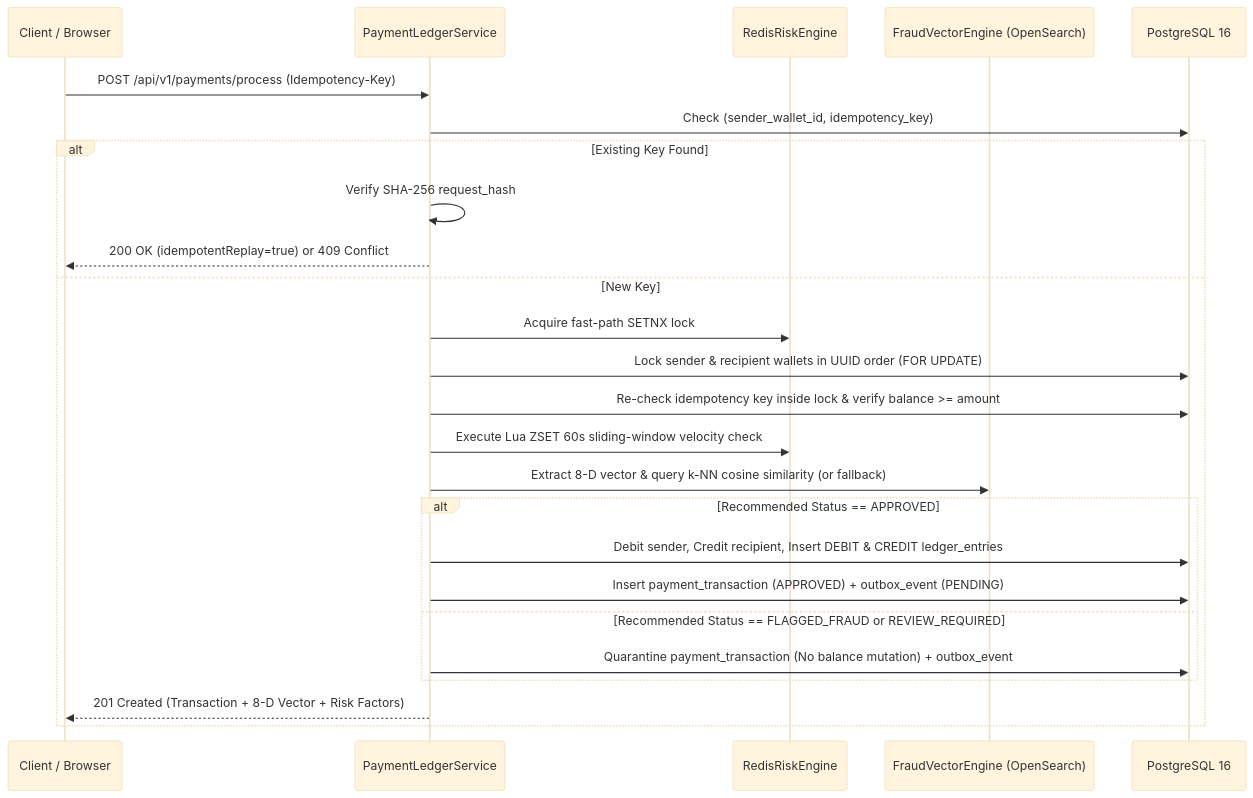
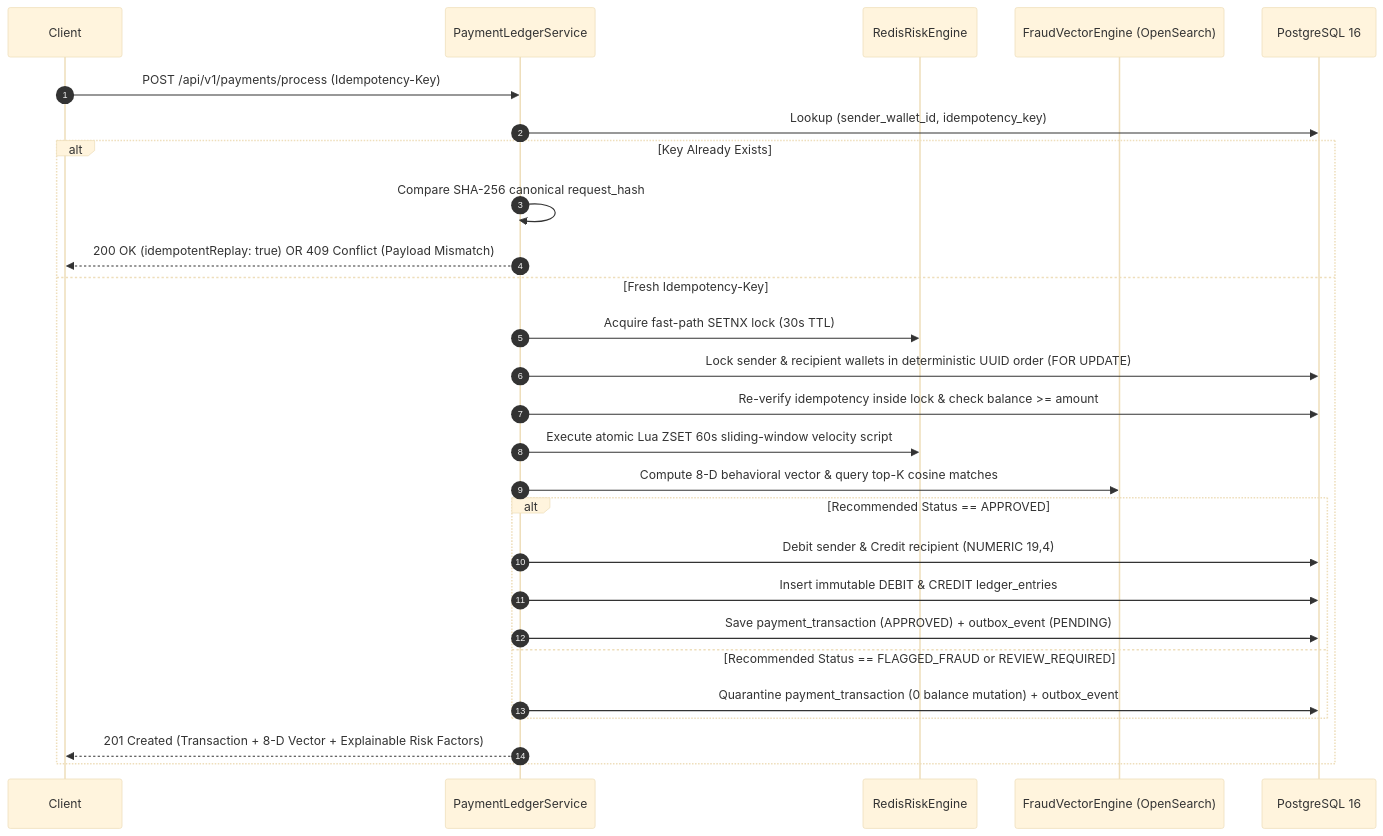
Before and after one commit to Shivampal157/PayShield-AI: the second of 4 diagrams in README.md, drawn with Mermaid (base theme). The commit also changed other lines of this file and 2 other files, not shown here.

Commit message:
docs: upgrade README with custom SVG architecture banner, state diagrams & engineering comparison

````diff
--- a/README.md
+++ b/README.md
@@ -88,28 +107,30 @@
 ```mermaid
 sequenceDiagram
-    participant C as Client / Browser
+    autonumber
+    participant C as Client
     participant P as PaymentLedgerService
     participant R as RedisRiskEngine
-    participant O as FraudVectorEngine (OpenSearch)
+    participant V as FraudVectorEngine (OpenSearch)
     participant DB as PostgreSQL 16
 
     C->>P: POST /api/v1/payments/process (Idempotency-Key)
-    P->>DB: Check (sender_wallet_id, idempotency_key)
-    alt Existing Key Found
-        P->>P: Verify SHA-256 request_hash
-        P-->>C: 200 OK (idempotentReplay=true) or 409 Conflict
-    else New Key
-        P->>R: Acquire fast-path SETNX lock
-        P->>DB: Lock sender & recipient wallets in UUID order (FOR UPDATE)
-        P->>DB: Re-check idempotency key inside lock & verify balance >= amount
-        P->>R: Execute Lua ZSET 60s sliding-window velocity check
-        P->>O: Extract 8-D vector & query k-NN cosine similarity (or fallback)
+    P->>DB: Lookup (sender_wallet_id, idempotency_key)
+    alt Key Already Exists
+        P->>P: Compare SHA-256 canonical request_hash
+        P-->>C: 200 OK (idempotentReplay: true) OR 409 Conflict (Payload Mismatch)
+    else Fresh Idempotency-Key
+        P->>R: Acquire fast-path SETNX lock (30s TTL)
+        P->>DB: Lock sender & recipient wallets in deterministic UUID order (FOR UPDATE)
+        P->>DB: Re-verify idempotency inside lock & check balance >= amount
+        P->>R: Execute atomic Lua ZSET 60s sliding-window velocity script
+        P->>V: Compute 8-D behavioral vector & query top-K cosine matches
         alt Recommended Status == APPROVED
-            P->>DB: Debit sender, Credit recipient, Insert DEBIT & CREDIT ledger_entries
-            P->>DB: Insert payment_transaction (APPROVED) + outbox_event (PENDING)
+            P->>DB: Debit sender & Credit recipient (NUMERIC 19,4)
+            P->>DB: Insert immutable DEBIT & CREDIT ledger_entries
+            P->>DB: Save payment_transaction (APPROVED) + outbox_event (PENDING)
         else Recommended Status == FLAGGED_FRAUD or REVIEW_REQUIRED
-            P->>DB: Quarantine payment_transaction (No balance mutation) + outbox_event
+            P->>DB: Quarantine payment_transaction (0 balance mutation) + outbox_event
         end
-        P-->>C: 201 Created (Transaction + 8-D Vector + Risk Factors)
+        P-->>C: 201 Created (Transaction + 8-D Vector + Explainable Risk Factors)
     end
 ```
````
